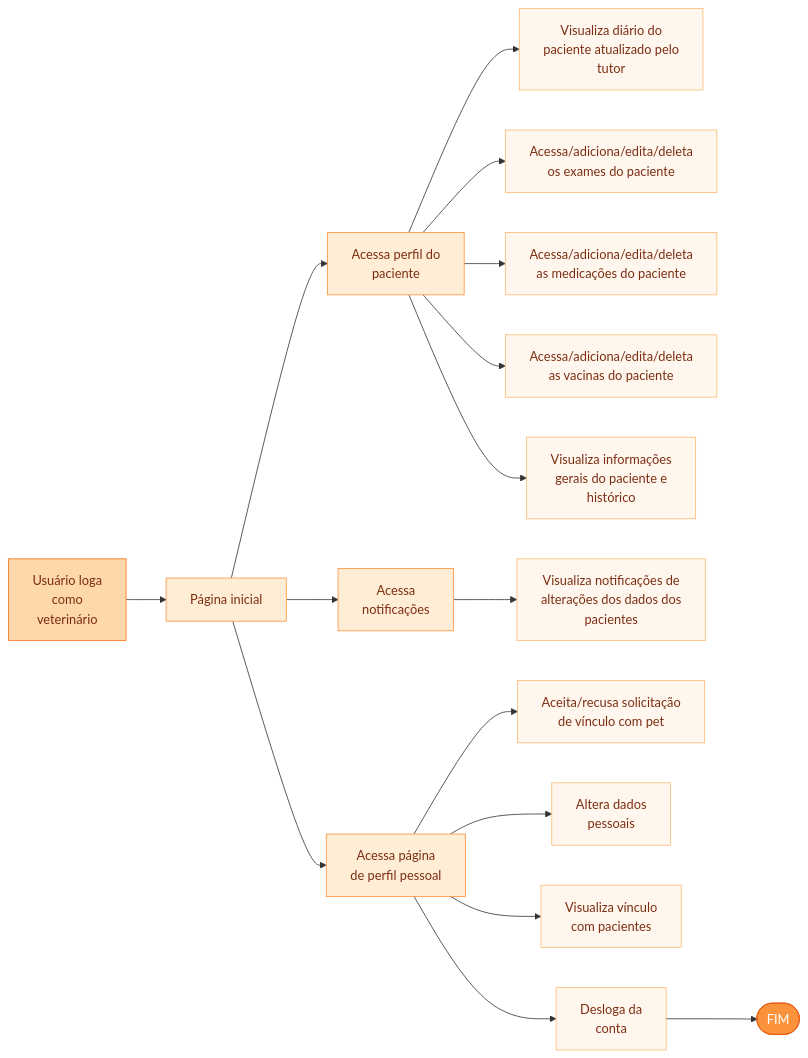
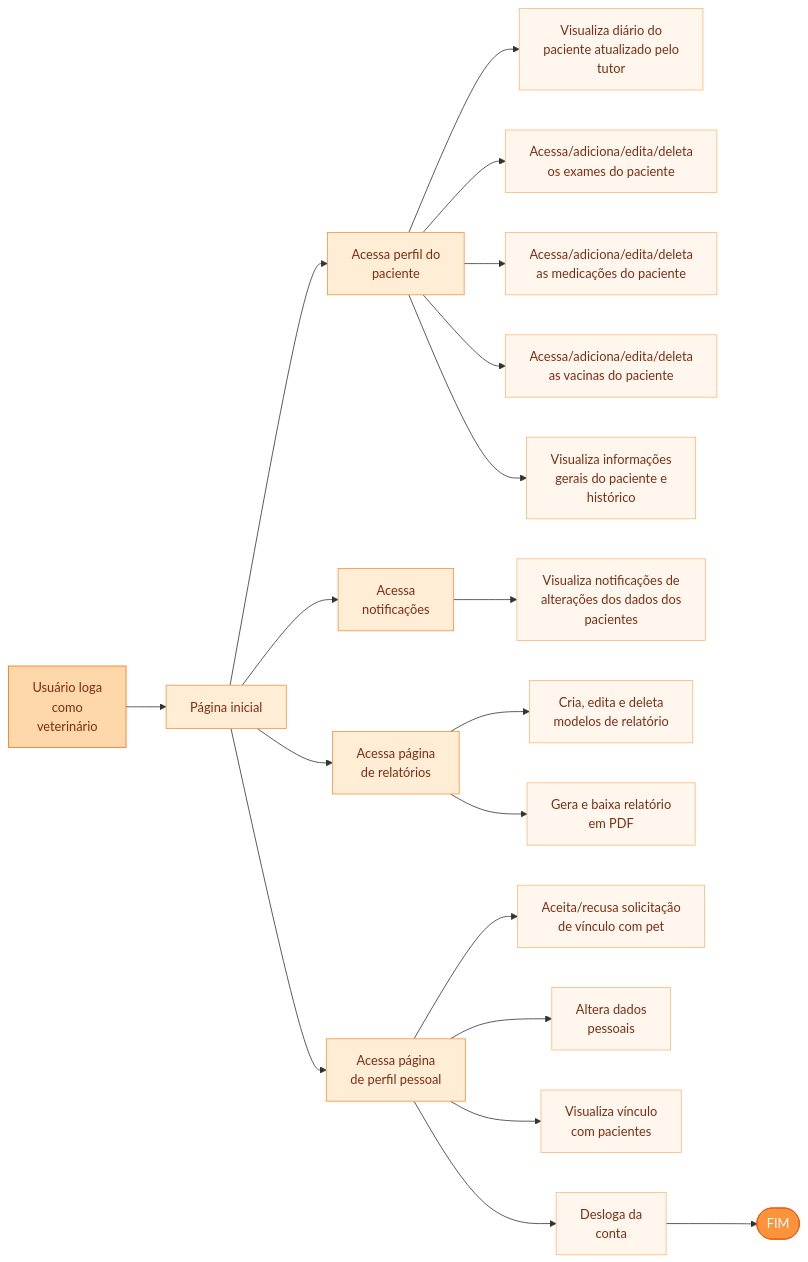
Before and after one commit to LaraPaulaSilva/petlife2copia: the third of 4 diagrams in docs-frontend-web-fluxo-wireframes.md, drawn with Mermaid.

Commit message:
docs: adiciona acesso a relatórios (criar/editar/deletar modelos e baixar PDF) no fluxo do veterinário

````diff
--- a/docs-frontend-web-fluxo-wireframes.md
+++ b/docs-frontend-web-fluxo-wireframes.md
@@ -111,30 +111,34 @@
 ```mermaid
 flowchart LR
     logaVet["Usuário loga<br/>como<br/>veterinário"] --> inicioV["Página inicial"]
 
     inicioV --> pv1["Acessa perfil do<br/>paciente"]
     pv1 --> av1["Visualiza diário do<br/>paciente atualizado pelo<br/>tutor"]
     pv1 --> av2["Acessa/adiciona/edita/deleta<br/>os exames do paciente"]
     pv1 --> av3["Acessa/adiciona/edita/deleta<br/>as medicações do paciente"]
     pv1 --> av4["Acessa/adiciona/edita/deleta<br/>as vacinas do paciente"]
     pv1 --> av5["Visualiza informações<br/>gerais do paciente e<br/>histórico"]
 
     inicioV --> pv2["Acessa<br/>notificações"]
     pv2 --> av6["Visualiza notificações de<br/>alterações dos dados dos<br/>pacientes"]
 
+    inicioV --> pvRel["Acessa página<br/>de relatórios"]
+    pvRel --> avRel1["Cria, edita e deleta<br/>modelos de relatório"]
+    pvRel --> avRel2["Gera e baixa relatório<br/>em PDF"]
+
     inicioV --> pv3["Acessa página<br/>de perfil pessoal"]
     pv3 --> av7["Aceita/recusa solicitação<br/>de vínculo com pet"]
     pv3 --> altera["Altera dados<br/>pessoais"]
     pv3 --> vinculo["Visualiza vínculo<br/>com pacientes"]
     pv3 --> deslogaV["Desloga da<br/>conta"]
     deslogaV --> fimV(["FIM"])
 
     classDef vet fill:#ffedd5,stroke:#fb923c,color:#7c2d12;
     classDef acaoV fill:#fff7ed,stroke:#fdba74,color:#7c2d12;
     classDef logV fill:#fed7aa,stroke:#f97316,color:#7c2d12;
     classDef inicioFimV fill:#fb923c,stroke:#ea580c,color:#ffffff;
-    class inicioV,pv1,pv2,pv3 vet;
-    class av1,av2,av3,av4,av5,av6,av7,altera,vinculo,deslogaV acaoV;
+    class inicioV,pv1,pv2,pvRel,pv3 vet;
+    class av1,av2,av3,av4,av5,av6,avRel1,avRel2,av7,altera,vinculo,deslogaV acaoV;
     class logaVet logV;
     class fimV inicioFimV;
 ```
````
